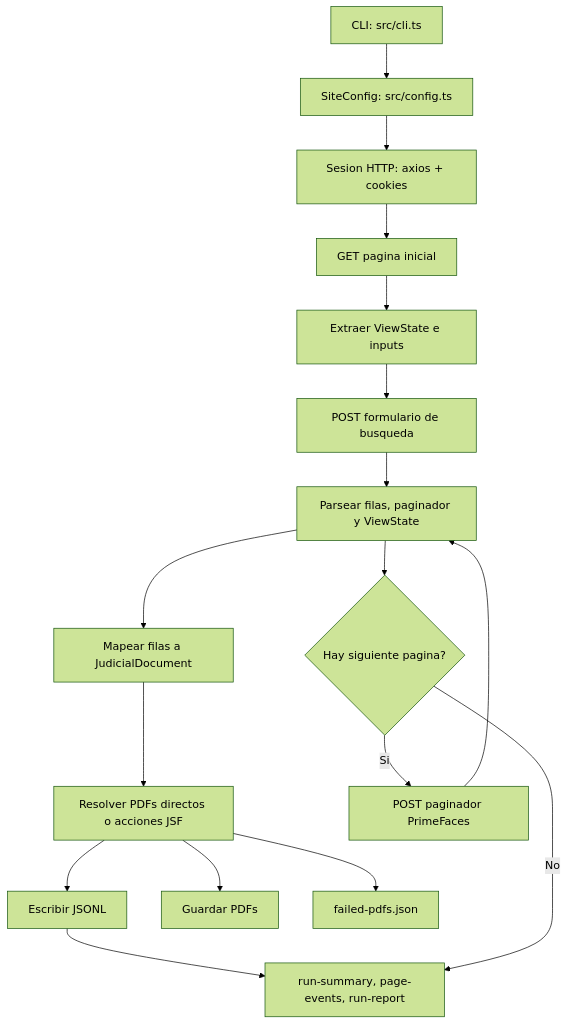
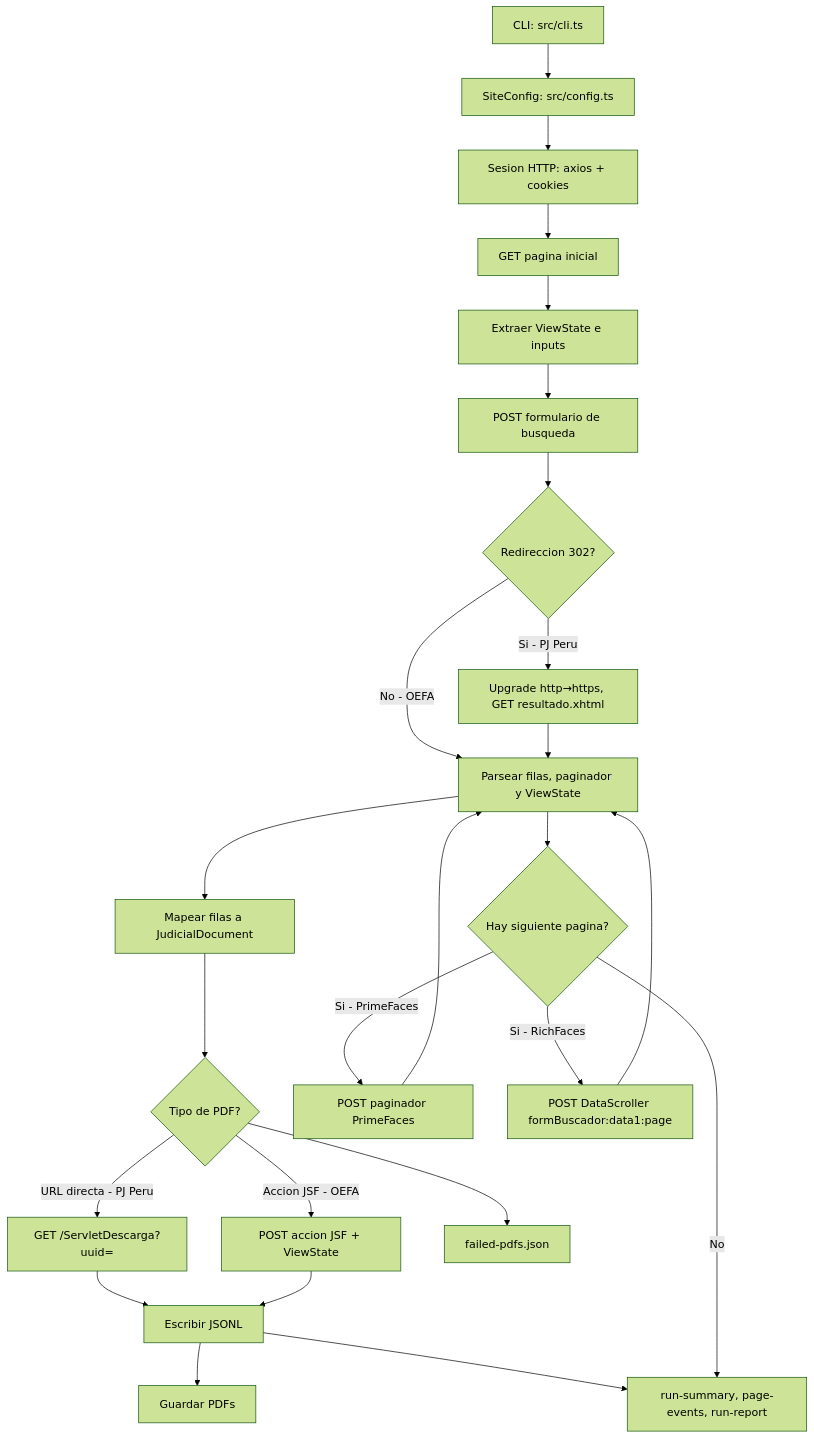
One commit to GatoProgramador-01/pj-peru-scraper changed the first of 4 diagrams in README.md. Above: the diagram before and after it, drawn with Mermaid (forest theme). The commit also changed other lines of this file, not shown here.

First line of the commit message:
docs(readme): mark sprint complete — OEFA + pj-peru both validated

````diff
--- a/README.md
+++ b/README.md
@@ -66,19 +72,27 @@
 ```mermaid
 flowchart TD
     CLI["CLI: src/cli.ts"] --> Config["SiteConfig: src/config.ts"]
     Config --> Session["Sesion HTTP: axios + cookies"]
     Session --> Start["GET pagina inicial"]
     Start --> ViewState["Extraer ViewState e inputs"]
     ViewState --> Search["POST formulario de busqueda"]
-    Search --> Page["Parsear filas, paginador y ViewState"]
+    Search --> Redirect{"Redireccion 302?"}
+    Redirect -->|Si - PJ Peru| Upgrade["Upgrade http→https, GET resultado.xhtml"]
+    Redirect -->|No - OEFA| Page
+    Upgrade --> Page["Parsear filas, paginador y ViewState"]
     Page --> Docs["Mapear filas a JudicialDocument"]
-    Docs --> PDFs["Resolver PDFs directos o acciones JSF"]
-    PDFs --> JSONL["Escribir JSONL"]
-    PDFs --> PdfDir["Guardar PDFs"]
+    Docs --> PDFs{"Tipo de PDF?"}
+    PDFs -->|URL directa - PJ Peru| DirectPdf["GET /ServletDescarga?uuid="]
+    PDFs -->|Accion JSF - OEFA| PostPdf["POST accion JSF + ViewState"]
+    DirectPdf --> JSONL["Escribir JSONL"]
+    PostPdf --> JSONL
+    JSONL --> PdfDir["Guardar PDFs"]
     JSONL --> Reports["run-summary, page-events, run-report"]
     PDFs --> Failed["failed-pdfs.json"]
     Page --> Next{"Hay siguiente pagina?"}
-    Next -->|Si| Paginator["POST paginador PrimeFaces"]
-    Paginator --> Page
+    Next -->|Si - PrimeFaces| PfPaginator["POST paginador PrimeFaces"]
+    Next -->|Si - RichFaces| RfPaginator["POST DataScroller formBuscador:data1:page"]
+    PfPaginator --> Page
+    RfPaginator --> Page
     Next -->|No| Reports
 ```
````
